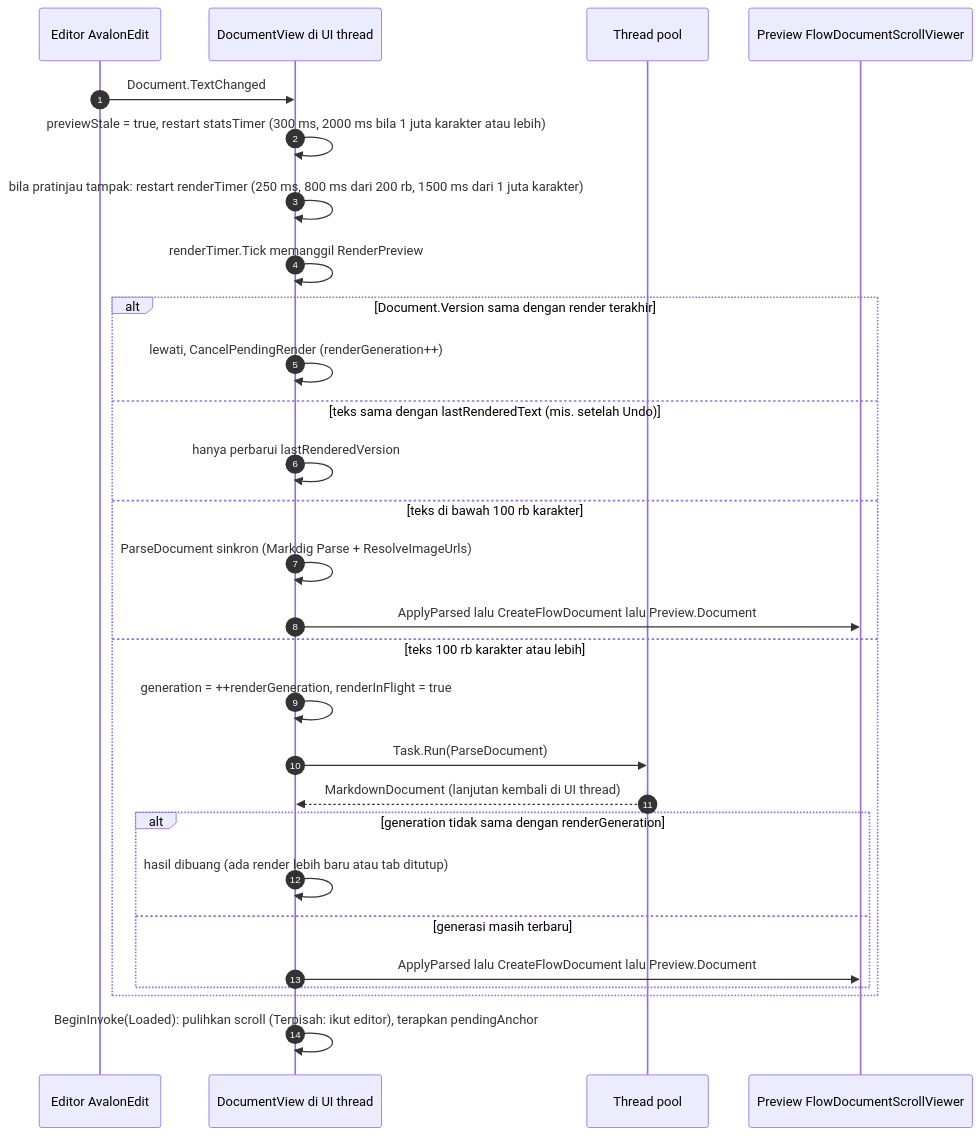
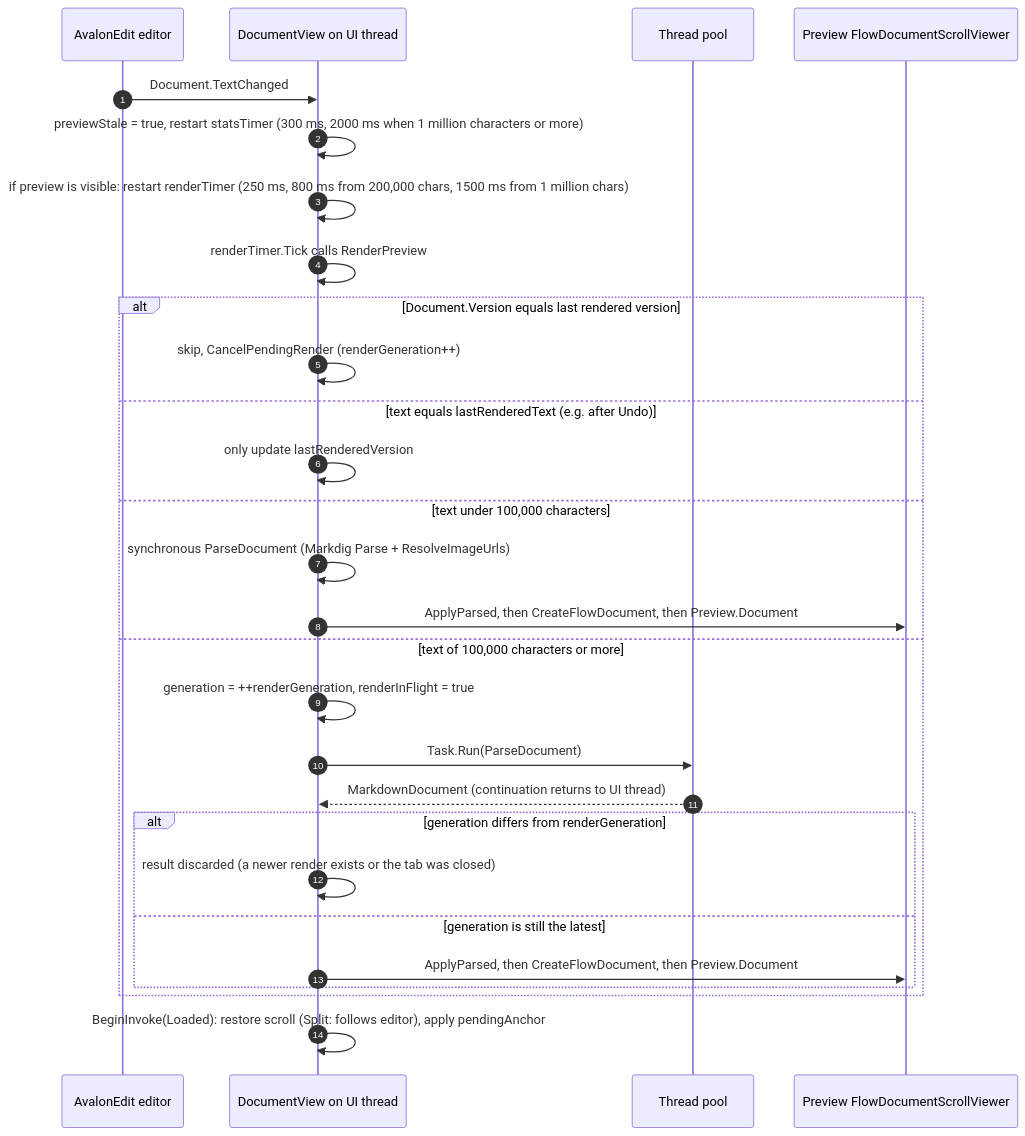
Before and after one commit to hoaaah/Makdon: the fourth of 14 diagrams in docs/ARCHITECTURE.md, drawn with Mermaid. The commit also changed other lines of this file and 8 other files, not shown here.

````diff
--- a/docs/ARCHITECTURE.md
+++ b/docs/ARCHITECTURE.md
@@ -284,31 +281,31 @@
 ```mermaid
 sequenceDiagram
     autonumber
-    participant E as Editor AvalonEdit
-    participant V as DocumentView di UI thread
+    participant E as AvalonEdit editor
+    participant V as DocumentView on UI thread
     participant BG as Thread pool
     participant P as Preview FlowDocumentScrollViewer
 
     E->>V: Document.TextChanged
-    V->>V: previewStale = true, restart statsTimer (300 ms, 2000 ms bila 1 juta karakter atau lebih)
-    V->>V: bila pratinjau tampak: restart renderTimer (250 ms, 800 ms dari 200 rb, 1500 ms dari 1 juta karakter)
-    V->>V: renderTimer.Tick memanggil RenderPreview
-    alt Document.Version sama dengan render terakhir
-        V->>V: lewati, CancelPendingRender (renderGeneration++)
-    else teks sama dengan lastRenderedText (mis. setelah Undo)
-        V->>V: hanya perbarui lastRenderedVersion
-    else teks di bawah 100 rb karakter
-        V->>V: ParseDocument sinkron (Markdig Parse + ResolveImageUrls)
-        V->>P: ApplyParsed lalu CreateFlowDocument lalu Preview.Document
-    else teks 100 rb karakter atau lebih
+    V->>V: previewStale = true, restart statsTimer (300 ms, 2000 ms when 1 million characters or more)
+    V->>V: if preview is visible: restart renderTimer (250 ms, 800 ms from 200,000 chars, 1500 ms from 1 million chars)
+    V->>V: renderTimer.Tick calls RenderPreview
+    alt Document.Version equals last rendered version
+        V->>V: skip, CancelPendingRender (renderGeneration++)
+    else text equals lastRenderedText (e.g. after Undo)
+        V->>V: only update lastRenderedVersion
+    else text under 100,000 characters
+        V->>V: synchronous ParseDocument (Markdig Parse + ResolveImageUrls)
+        V->>P: ApplyParsed, then CreateFlowDocument, then Preview.Document
+    else text of 100,000 characters or more
         V->>V: generation = ++renderGeneration, renderInFlight = true
         V->>BG: Task.Run(ParseDocument)
-        BG-->>V: MarkdownDocument (lanjutan kembali di UI thread)
-        alt generation tidak sama dengan renderGeneration
-            V->>V: hasil dibuang (ada render lebih baru atau tab ditutup)
-        else generasi masih terbaru
-            V->>P: ApplyParsed lalu CreateFlowDocument lalu Preview.Document
+        BG-->>V: MarkdownDocument (continuation returns to UI thread)
+        alt generation differs from renderGeneration
+            V->>V: result discarded (a newer render exists or the tab was closed)
+        else generation is still the latest
+            V->>P: ApplyParsed, then CreateFlowDocument, then Preview.Document
         end
     end
-    V->>V: BeginInvoke(Loaded): pulihkan scroll (Terpisah: ikut editor), terapkan pendingAnchor
+    V->>V: BeginInvoke(Loaded): restore scroll (Split: follows editor), apply pendingAnchor
 ```
````
